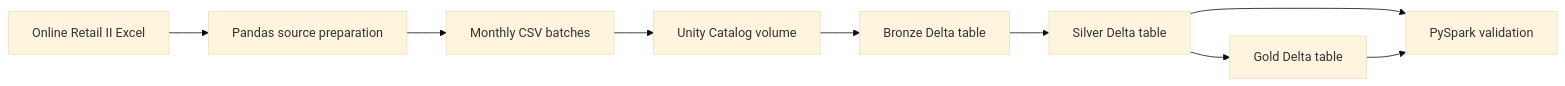
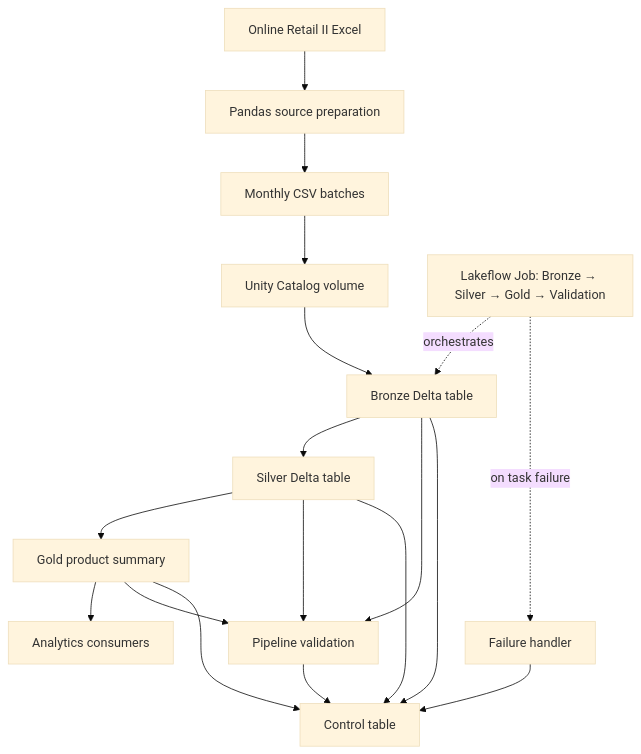
The diagram in README.md (Shivavelmani/online-retail-lakehouse-pipeline), drawn with Mermaid (base theme) before and after one commit. The commit also changed other lines of this file, not shown here.

````diff
--- a/README.md
+++ b/README.md
@@ -20,11 +24,25 @@
 ```mermaid
-flowchart LR
+flowchart TD
     A[Online Retail II Excel] --> B[Pandas source preparation]
     B --> C[Monthly CSV batches]
     C --> D[Unity Catalog volume]
+
     D --> E[Bronze Delta table]
     E --> F[Silver Delta table]
-    F --> G[Gold Delta table]
-    F --> H[PySpark validation]
-    G --> H
+    F --> G[Gold product summary]
+    G --> H[Analytics consumers]
+
+    J["Lakeflow Job: Bronze → Silver → Gold → Validation"] -. orchestrates .-> E
+
+    E --> V[Pipeline validation]
+    F --> V
+    G --> V
+
+    E --> K[Control table]
+    F --> K
+    G --> K
+    V --> K
+
+    J -. on task failure .-> X[Failure handler]
+    X --> K
 ```
````
